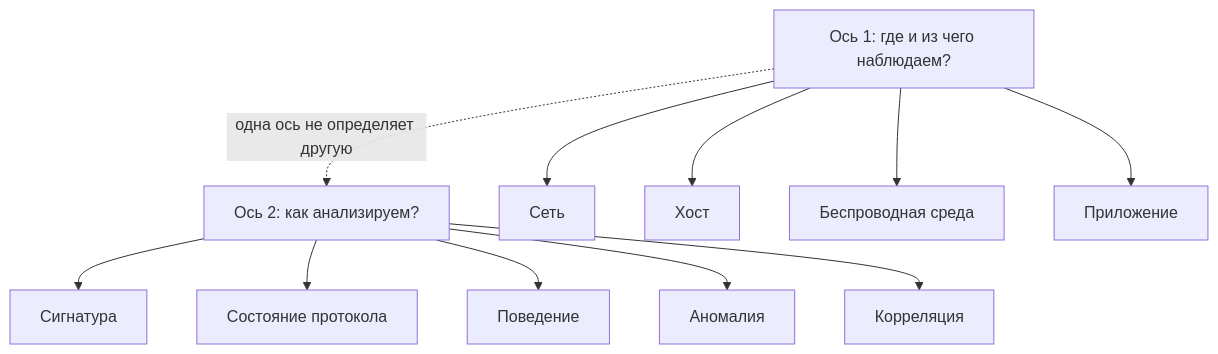
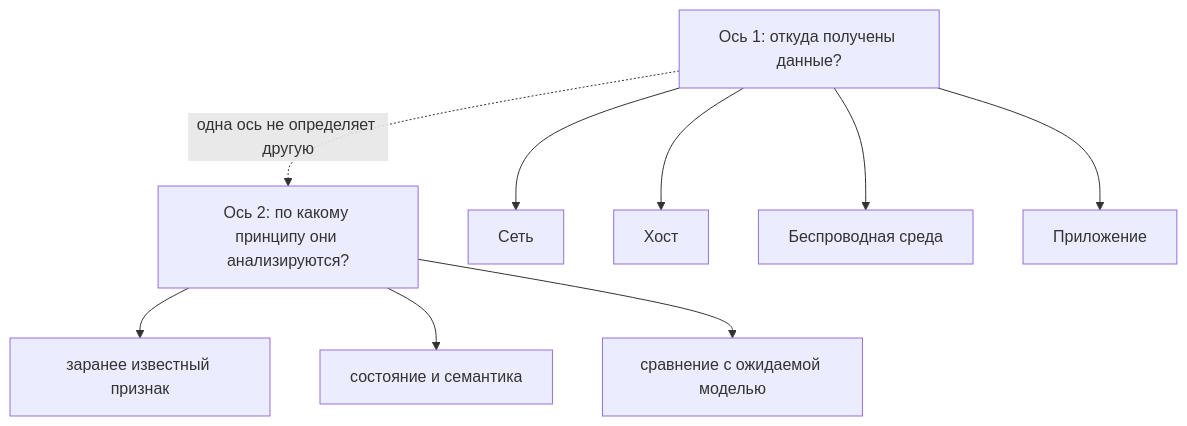
The fifth of 7 diagrams in docs/course/02-classification.md (11ndra/spvo), drawn with Mermaid before and after one commit. The commit also changed other lines of this file and 21 other files, not shown here.

````diff
--- a/docs/course/02-classification.md
+++ b/docs/course/02-classification.md
@@ -184,15 +184,13 @@
 ```mermaid
 flowchart TB
-    Q1[Ось 1: где и из чего наблюдаем?]
-    Q2[Ось 2: как анализируем?]
-    Q1 --> N[Сеть]
-    Q1 --> H[Хост]
-    Q1 --> W[Беспроводная среда]
-    Q1 --> A[Приложение]
-    Q2 --> SG[Сигнатура]
-    Q2 --> ST[Состояние протокола]
-    Q2 --> B[Поведение]
-    Q2 --> AN[Аномалия]
-    Q2 --> CR[Корреляция]
+    Q1["Ось 1: откуда получены данные?"]
+    Q2["Ось 2: по какому принципу они анализируются?"]
+    Q1 --> N["Сеть"]
+    Q1 --> H["Хост"]
+    Q1 --> W["Беспроводная среда"]
+    Q1 --> A["Приложение"]
+    Q2 --> EX1["заранее известный признак"]
+    Q2 --> EX2["состояние и семантика"]
+    Q2 --> EX3["сравнение с ожидаемой моделью"]
     Q1 -.->|одна ось не определяет другую| Q2
 ```
````
